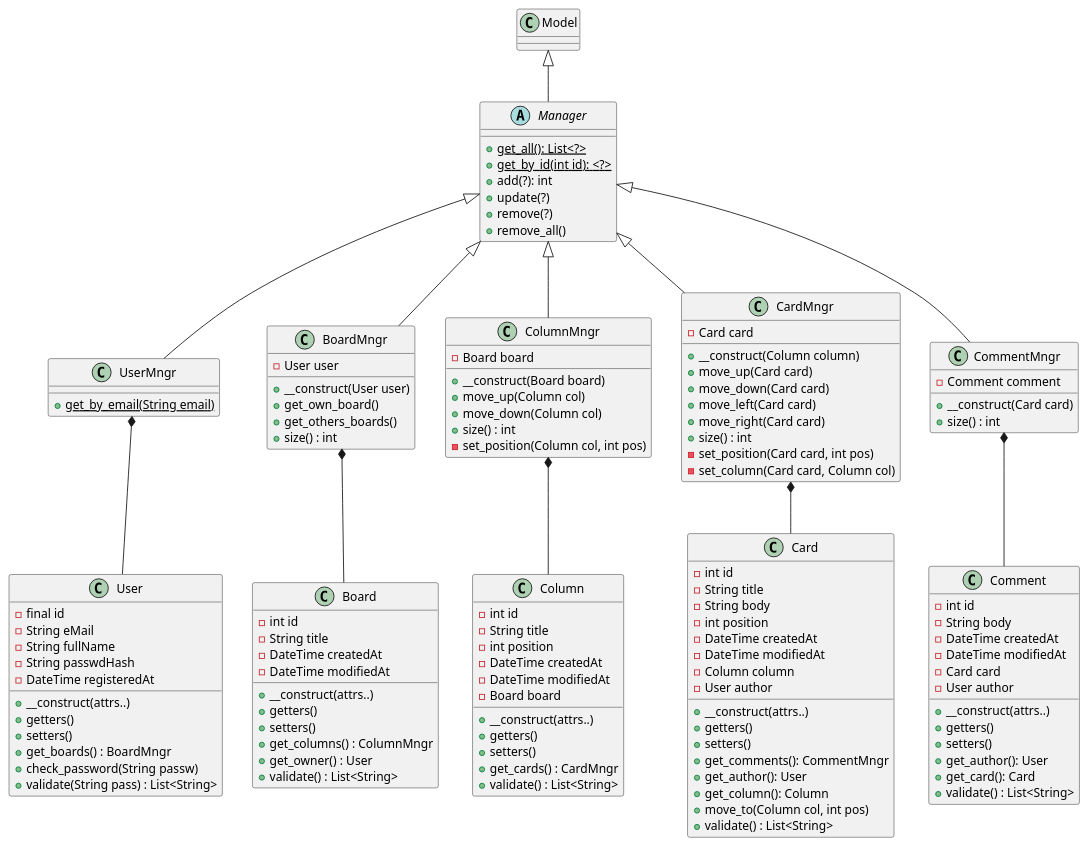
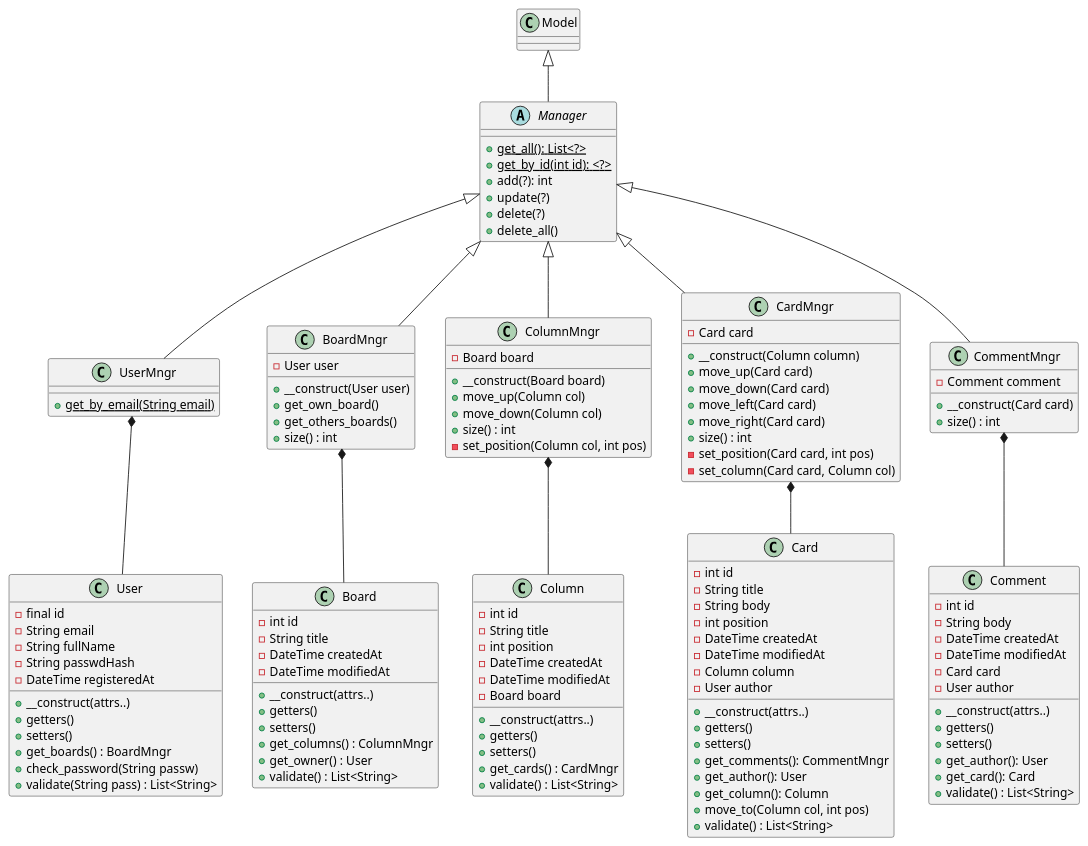
One commit to etic4/mini-trello-php changed the first of 3 diagrams in analyse/Diagrammes-V3.md. Above: the diagram before and after it, drawn with PlantUML. The commit also changed other lines of this file and 5 other files, not shown here.

```diff
--- a/analyse/Diagrammes-V3.md
+++ b/analyse/Diagrammes-V3.md
@@ -17,8 +17,8 @@
     + {static} get_by_id(int id): <?>
     + add(?): int
     + update(?)
-    + remove(?)
-    + remove_all()
+    + delete(?)
+    + delete_all()
 }
 
 class UserMngr extends Manager {
@@ -62,7 +62,7 @@
 
 class User {
     - final id
-    - String eMail
+    - String email
     - String fullName
     - String passwdHash
     - DateTime registeredAt
```
